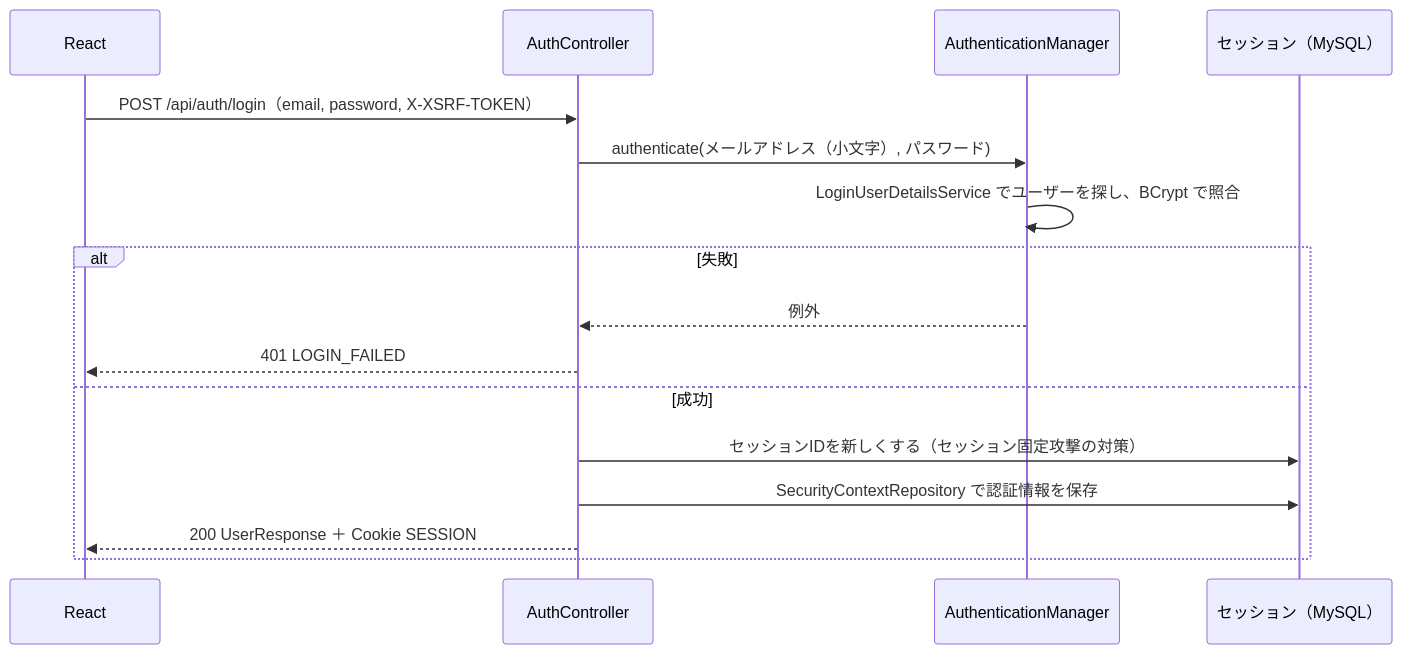
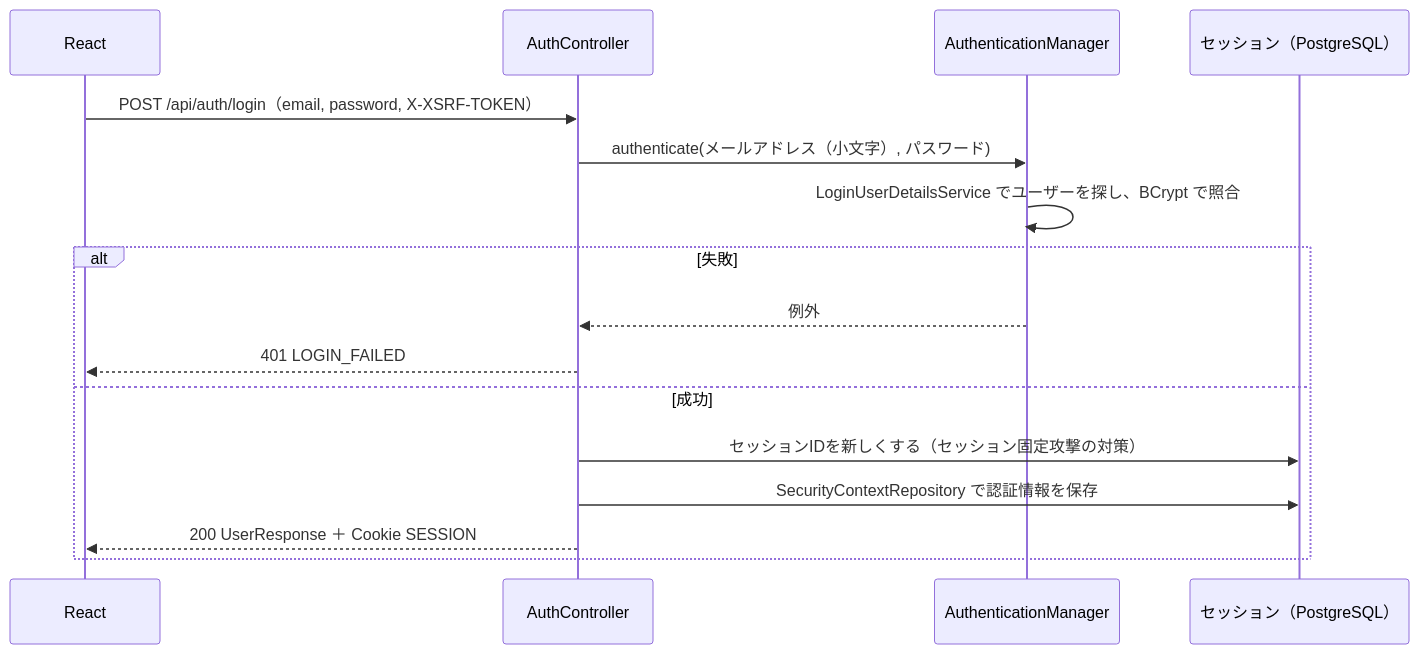
The diagram in docs/detailed-design.md (keiwebcreate/raise-tech-beginner-edition), drawn with Mermaid before and after one commit. The commit also changed other lines of this file and 6 other files, not shown here.

````diff
--- a/docs/detailed-design.md
+++ b/docs/detailed-design.md
@@ -248,19 +248,19 @@
 ```mermaid
 sequenceDiagram
     participant R as React
     participant C as AuthController
     participant M as AuthenticationManager
-    participant S as セッション（MySQL）
+    participant S as セッション（PostgreSQL）
 
     R->>C: POST /api/auth/login（email, password, X-XSRF-TOKEN）
     C->>M: authenticate(メールアドレス（小文字）, パスワード)
     M->>M: LoginUserDetailsService でユーザーを探し、BCrypt で照合
     alt 失敗
         M-->>C: 例外
         C-->>R: 401 LOGIN_FAILED
     else 成功
         C->>S: セッションIDを新しくする（セッション固定攻撃の対策）
         C->>S: SecurityContextRepository で認証情報を保存
         C-->>R: 200 UserResponse ＋ Cookie SESSION
     end
 ```
````
